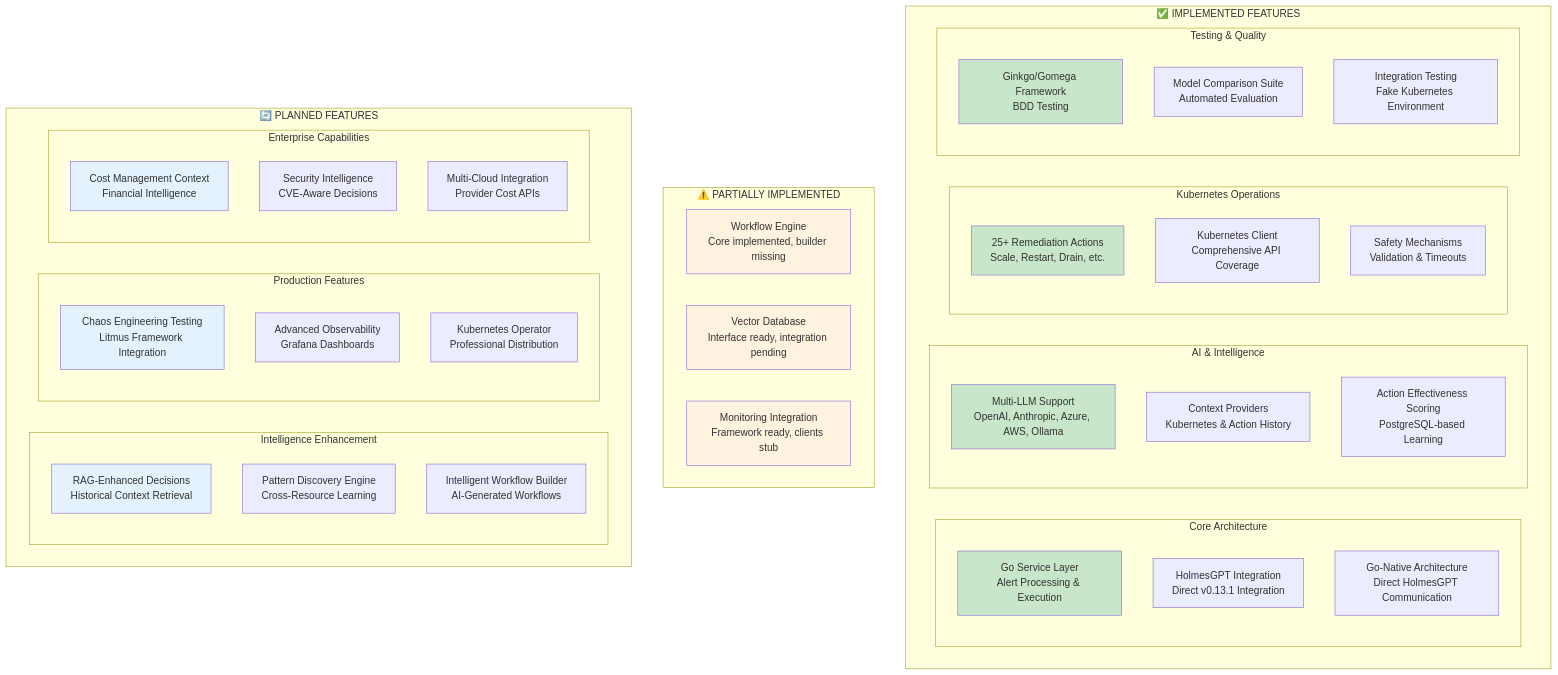
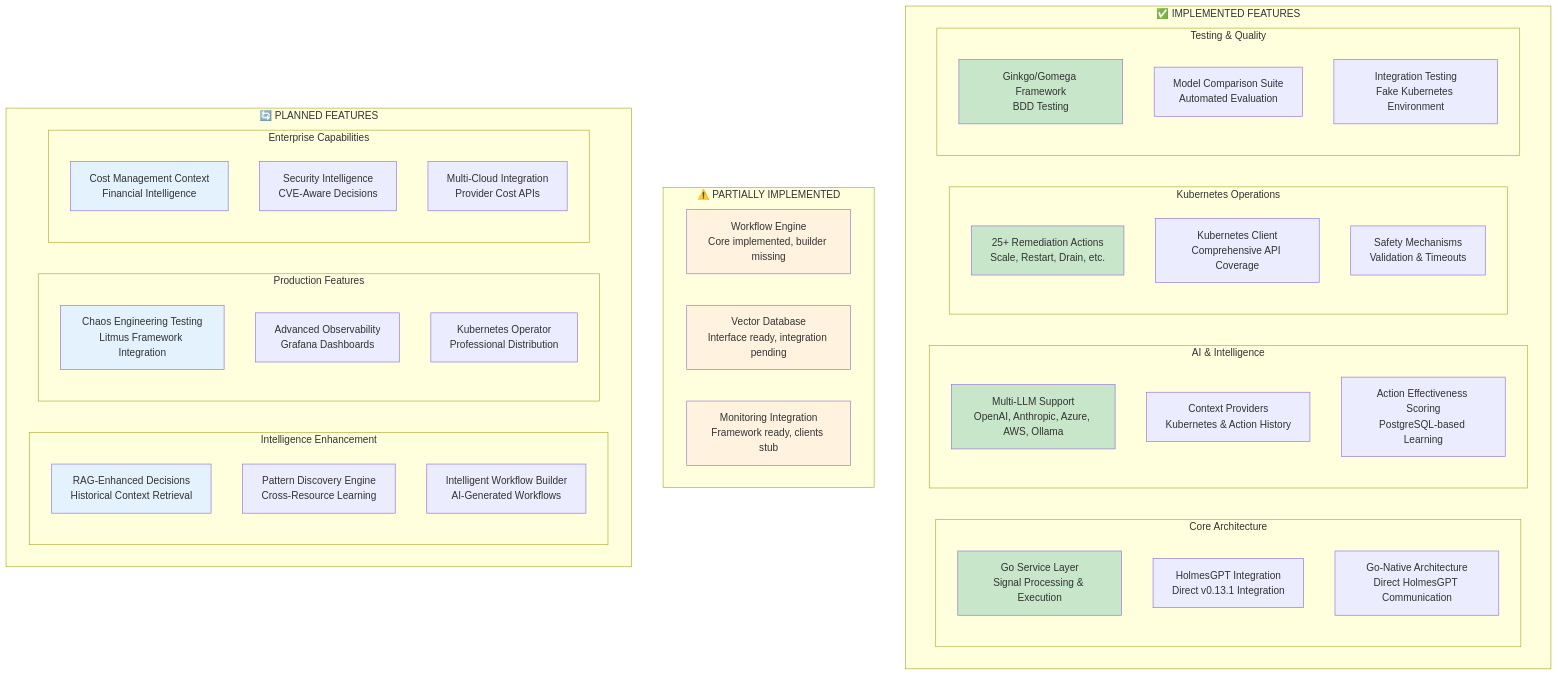
The third of 3 diagrams in README.md (jordigilh/kubernaut), drawn with Mermaid before and after one commit. The commit also changed other lines of this file and 58 other files, not shown here.

````diff
--- a/README.md
+++ b/README.md
@@ -284,65 +284,65 @@
 ```mermaid
 graph TD
     subgraph "✅ IMPLEMENTED FEATURES"
         subgraph "Core Architecture"
-            A1[Go Service Layer<br/>Alert Processing & Execution]
+            A1[Go Service Layer<br/>Signal Processing & Execution]
             A2[HolmesGPT Integration<br/>Direct v0.13.1 Integration]
             A3[Go-Native Architecture<br/>Direct HolmesGPT Communication]
         end
 
         subgraph "AI & Intelligence"
             B1[Multi-LLM Support<br/>OpenAI, Anthropic, Azure, AWS, Ollama]
             B2[Context Providers<br/>Kubernetes & Action History]
             B3[Action Effectiveness Scoring<br/>PostgreSQL-based Learning]
         end
 
         subgraph "Kubernetes Operations"
             C1[25+ Remediation Actions<br/>Scale, Restart, Drain, etc.]
             C2[Kubernetes Client<br/>Comprehensive API Coverage]
             C3[Safety Mechanisms<br/>Validation & Timeouts]
         end
 
         subgraph "Testing & Quality"
             D1[Ginkgo/Gomega Framework<br/>BDD Testing]
             D2[Model Comparison Suite<br/>Automated Evaluation]
             D3[Integration Testing<br/>Fake Kubernetes Environment]
         end
     end
 
     subgraph "⚠️ PARTIALLY IMPLEMENTED"
         E1[Workflow Engine<br/>Core implemented, builder missing]
         E2[Vector Database<br/>Interface ready, integration pending]
         E3[Monitoring Integration<br/>Framework ready, clients stub]
     end
 
     subgraph "🔄 PLANNED FEATURES"
         subgraph "Intelligence Enhancement"
             F1[RAG-Enhanced Decisions<br/>Historical Context Retrieval]
             F2[Pattern Discovery Engine<br/>Cross-Resource Learning]
             F3[Intelligent Workflow Builder<br/>AI-Generated Workflows]
         end
 
         subgraph "Production Features"
             G1[Chaos Engineering Testing<br/>Litmus Framework Integration]
             G2[Advanced Observability<br/>Grafana Dashboards]
             G3[Kubernetes Operator<br/>Professional Distribution]
         end
 
         subgraph "Enterprise Capabilities"
             H1[Cost Management Context<br/>Financial Intelligence]
             H2[Security Intelligence<br/>CVE-Aware Decisions]
             H3[Multi-Cloud Integration<br/>Provider Cost APIs]
         end
     end
 
     style A1 fill:#c8e6c9
     style B1 fill:#c8e6c9
     style C1 fill:#c8e6c9
     style D1 fill:#c8e6c9
     style E1 fill:#fff3e0
     style E2 fill:#fff3e0
     style E3 fill:#fff3e0
     style F1 fill:#e3f2fd
     style G1 fill:#e3f2fd
     style H1 fill:#e3f2fd
 ```
````
